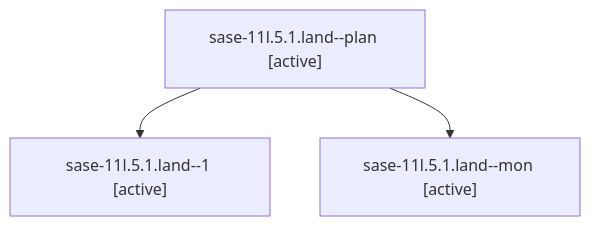
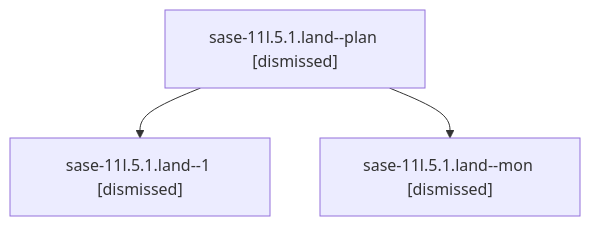
The diagram in sessions/bbugyi200.athena.sase-11l.5.1.land.md (sase-org/sase--agents), drawn with Mermaid before and after one commit. The commit also changed other lines of this file and 204 other files, not shown here.

````diff
--- a/sessions/bbugyi200.athena.sase-11l.5.1.land.md
+++ b/sessions/bbugyi200.athena.sase-11l.5.1.land.md
@@ -9,8 +9,8 @@
 ```mermaid
 flowchart TD
-  n0["sase-11l.5.1.land--plan [active]"]
-  n1["sase-11l.5.1.land--1 [active]"]
+  n0["sase-11l.5.1.land--plan [dismissed]"]
+  n1["sase-11l.5.1.land--1 [dismissed]"]
   n0 --> n1
-  n2["sase-11l.5.1.land--mon [active]"]
+  n2["sase-11l.5.1.land--mon [dismissed]"]
   n0 --> n2
 ```
````
